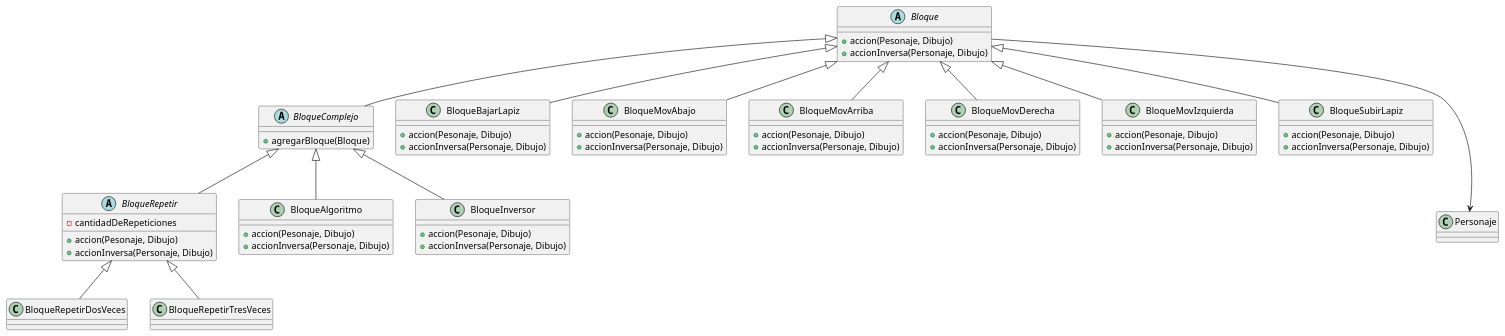
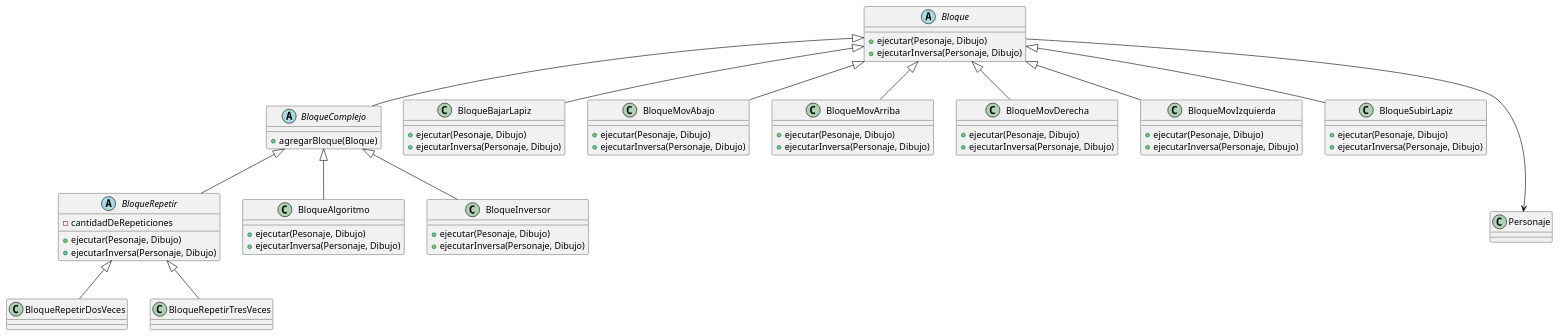
Before and after one commit to alopezbizon/T2-ALGO3-TP2: the diagram in src/main/java/edu/fiuba/algo3/diagramas/DiagramaDeClasesBloque.puml, drawn with PlantUML. The commit also changed 33 other files, not shown here.

Commit message:
Refactor: rename de métodos de Bloques, Posición y Tramo + actualización de diagramas UML.

```diff
--- a/src/main/java/edu/fiuba/algo3/diagramas/DiagramaDeClasesBloque.puml
+++ b/src/main/java/edu/fiuba/algo3/diagramas/DiagramaDeClasesBloque.puml
@@ -1,65 +1,65 @@
 @startuml
 Abstract Class Bloque{
-    +accion(Pesonaje, Dibujo)
-    +accionInversa(Personaje, Dibujo)
+    +ejecutar(Pesonaje, Dibujo)
+    +ejecutarInversa(Personaje, Dibujo)
 }
 Abstract Class BloqueComplejo{
     +agregarBloque(Bloque)
 }
 Abstract Class BloqueRepetir{
     -cantidadDeRepeticiones
-    +accion(Pesonaje, Dibujo)
-    +accionInversa(Personaje, Dibujo)
+    +ejecutar(Pesonaje, Dibujo)
+    +ejecutarInversa(Personaje, Dibujo)
 }
 Class BloqueRepetirDosVeces{
 }
 Class BloqueRepetirTresVeces{
 }
 Class BloqueBajarLapiz{
-    +accion(Pesonaje, Dibujo)
-    +accionInversa(Personaje, Dibujo)
+    +ejecutar(Pesonaje, Dibujo)
+    +ejecutarInversa(Personaje, Dibujo)
 }
 Class BloqueMovAbajo{
-    +accion(Pesonaje, Dibujo)
-    +accionInversa(Personaje, Dibujo)
+    +ejecutar(Pesonaje, Dibujo)
+    +ejecutarInversa(Personaje, Dibujo)
 }
 Class BloqueMovArriba{
-    +accion(Pesonaje, Dibujo)
-    +accionInversa(Personaje, Dibujo)
+    +ejecutar(Pesonaje, Dibujo)
+    +ejecutarInversa(Personaje, Dibujo)
 }
 Class BloqueMovDerecha{
-    +accion(Pesonaje, Dibujo)
-    +accionInversa(Personaje, Dibujo)
+    +ejecutar(Pesonaje, Dibujo)
+    +ejecutarInversa(Personaje, Dibujo)
 }
 Class BloqueMovIzquierda{
-    +accion(Pesonaje, Dibujo)
-    +accionInversa(Personaje, Dibujo)
+    +ejecutar(Pesonaje, Dibujo)
+    +ejecutarInversa(Personaje, Dibujo)
 }
 Class BloqueSubirLapiz{
-    +accion(Pesonaje, Dibujo)
-    +accionInversa(Personaje, Dibujo)
+    +ejecutar(Pesonaje, Dibujo)
+    +ejecutarInversa(Personaje, Dibujo)
 }
 
 Class BloqueAlgoritmo{
-    +accion(Pesonaje, Dibujo)
-    +accionInversa(Personaje, Dibujo)
+    +ejecutar(Pesonaje, Dibujo)
+    +ejecutarInversa(Personaje, Dibujo)
 }
 Class BloqueInversor{
-    +accion(Pesonaje, Dibujo)
-    +accionInversa(Personaje, Dibujo)
+    +ejecutar(Pesonaje, Dibujo)
+    +ejecutarInversa(Personaje, Dibujo)
 }
 
 Bloque <|-- BloqueComplejo
 BloqueComplejo <|-- BloqueAlgoritmo
 BloqueComplejo <|-- BloqueInversor
 BloqueComplejo <|-- BloqueRepetir
 BloqueRepetir <|-- BloqueRepetirDosVeces
 BloqueRepetir <|-- BloqueRepetirTresVeces
 Bloque ---> Personaje
 Bloque <|-- BloqueBajarLapiz
 Bloque <|-- BloqueMovAbajo
 Bloque <|-- BloqueMovArriba
 Bloque <|-- BloqueMovDerecha
 Bloque <|-- BloqueMovIzquierda
 Bloque <|-- BloqueSubirLapiz
 @enduml
```
